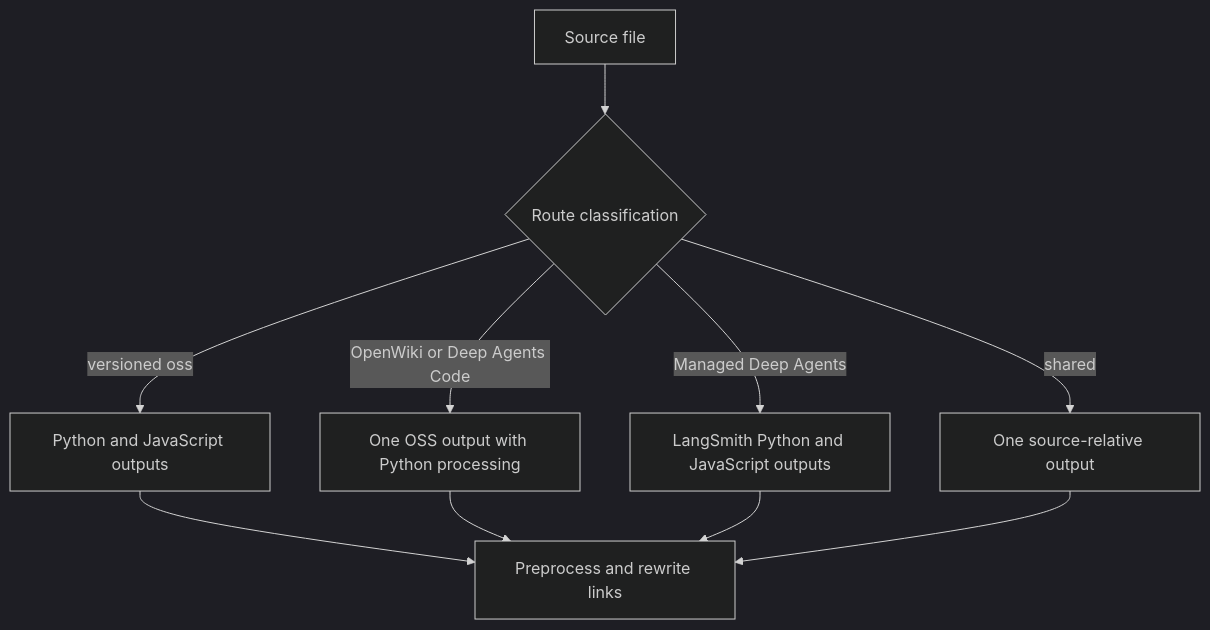
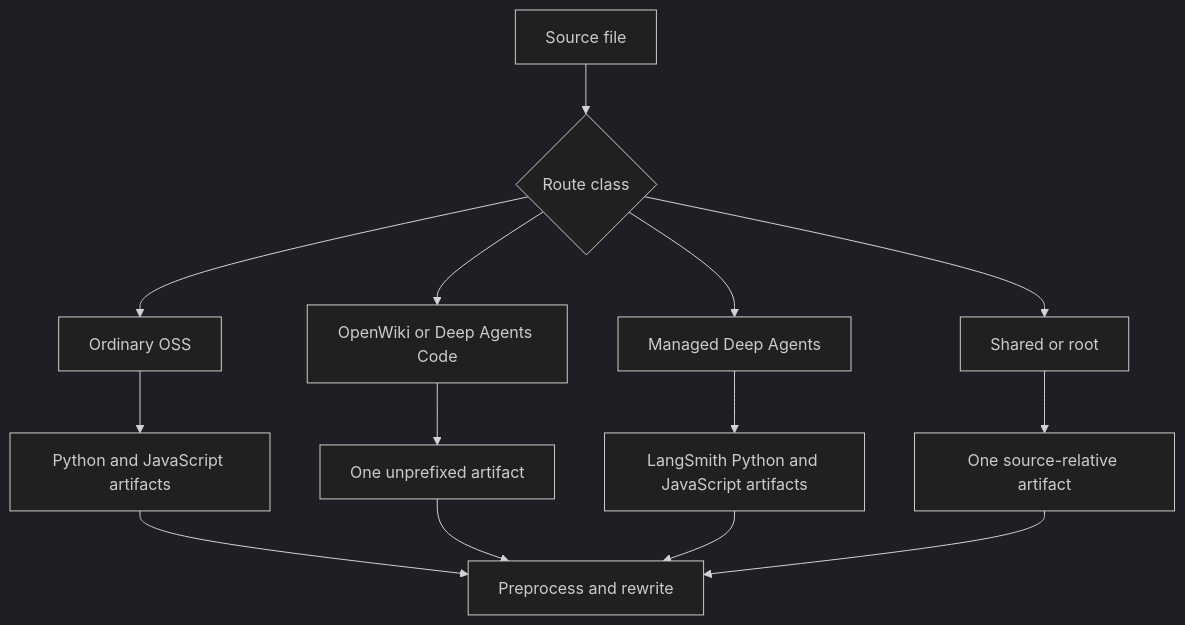
One commit to langchain-ai/docs changed the diagram in openwiki/testing/builder-tests.md. Above: the diagram before and after it, drawn with Mermaid (dark theme). The commit also changed other lines of this file and 32 other files, not shown here.

Commit message:
docs: update OpenWiki

````diff
--- a/openwiki/testing/builder-tests.md
+++ b/openwiki/testing/builder-tests.md
@@ -56,12 +57,16 @@
 ```mermaid
 flowchart TD
-  Source["Source file"] --> Kind{"Route classification"}
-  Kind -->|"versioned oss"| Variants["Python and JavaScript outputs"]
-  Kind -->|"OpenWiki or Deep Agents Code"| OneOss["One OSS output with Python processing"]
-  Kind -->|"Managed Deep Agents"| Managed["LangSmith Python and JavaScript outputs"]
-  Kind -->|"shared"| Shared["One source-relative output"]
-  Variants --> Transform["Preprocess and rewrite links"]
-  OneOss --> Transform
-  Managed --> Transform
-  Shared --> Transform
+    Source["Source file"] --> Classify{"Route class"}
+    Classify --> Ordinary["Ordinary OSS"]
+    Classify --> Product["OpenWiki or Deep Agents Code"]
+    Classify --> Managed["Managed Deep Agents"]
+    Classify --> Shared["Shared or root"]
+    Ordinary --> Variants["Python and JavaScript artifacts"]
+    Product --> OneProduct["One unprefixed artifact"]
+    Managed --> ManagedVariants["LangSmith Python and JavaScript artifacts"]
+    Shared --> OneShared["One source-relative artifact"]
+    Variants --> Transform["Preprocess and rewrite"]
+    OneProduct --> Transform
+    ManagedVariants --> Transform
+    OneShared --> Transform
 ```
````
